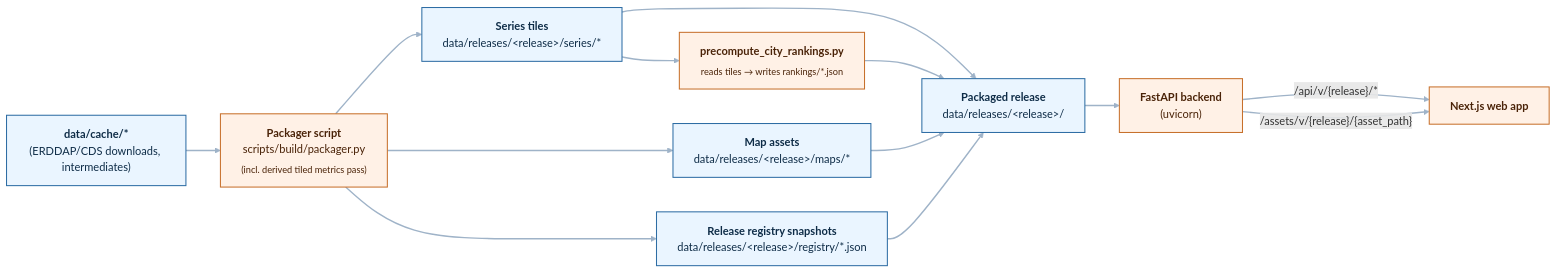
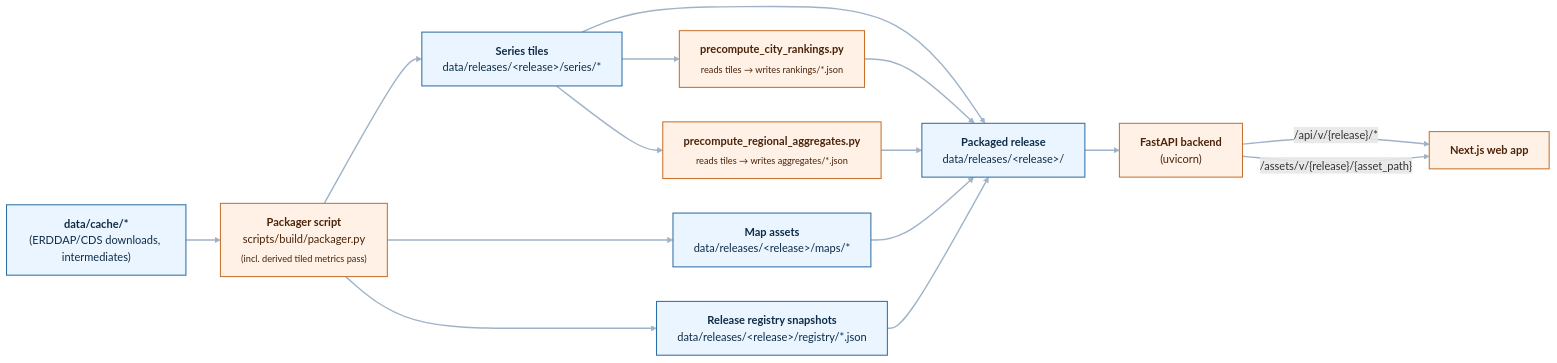
The second of 4 diagrams in docs/project_pipeline_diagrams.md (climate-you/climate), drawn with Mermaid before and after one commit. The commit also changed other lines of this file and 23 other files, not shown here.

````diff
--- a/docs/project_pipeline_diagrams.md
+++ b/docs/project_pipeline_diagrams.md
@@ -45,35 +45,38 @@
 ```mermaid
 flowchart LR
   C["<b>data/cache/*</b><br/>(ERDDAP/CDS downloads, intermediates)"]
   PKGS["<b>Packager script</b><br/>scripts/build/packager.py<br/><sub>(incl. derived tiled metrics pass)</sub>"]
   T["<b>Series tiles</b><br/>data/releases/&lt;release&gt;/series/*"]
   RANK["<b>precompute_city_rankings.py</b><br/><sub>reads tiles → writes rankings/*.json</sub>"]
+  AGG["<b>precompute_regional_aggregates.py</b><br/><sub>reads tiles → writes aggregates/*.json</sub>"]
   MAPS["<b>Map assets</b><br/>data/releases/&lt;release&gt;/maps/*"]
   REG["<b>Release registry snapshots</b><br/>data/releases/&lt;release&gt;/registry/*.json"]
   PKG["<b>Packaged release</b><br/>data/releases/&lt;release&gt;/"]
   API["<b>FastAPI backend</b><br/>(uvicorn)"]
   WEB["<b>Next.js web app</b>"]
 
   C --> PKGS
   PKGS --> T
   PKGS --> MAPS
   PKGS --> REG
   T --> RANK
+  T --> AGG
 
   T --> PKG
   RANK --> PKG
+  AGG --> PKG
   MAPS --> PKG
   REG --> PKG
 
   PKG --> API
   API -->|"/api/v/{release}/*"| WEB
   API -->|"/assets/v/{release}/{asset_path}"| WEB
 
   classDef data fill:#EAF5FF,stroke:#2E6DA4,color:#0E2C47,stroke-width:1.5px;
   classDef app fill:#FFF1E6,stroke:#C7702B,color:#4A2308,stroke-width:1.5px;
 
   class C,T,MAPS,REG,PKG data;
-  class PKGS,RANK,API,WEB app;
+  class PKGS,RANK,AGG,API,WEB app;
 
   linkStyle default stroke:#9FB3C8,stroke-width:2px;
 ```
````
